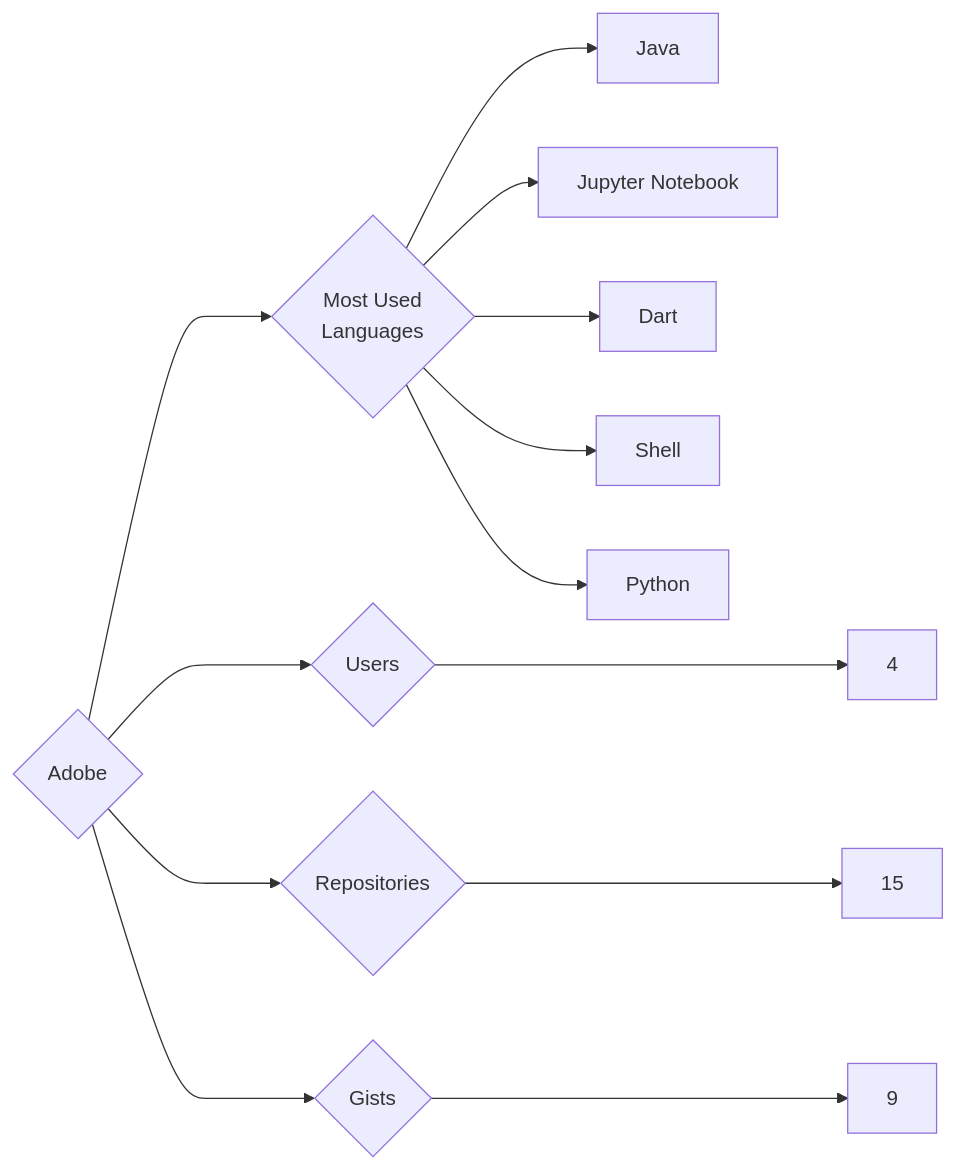
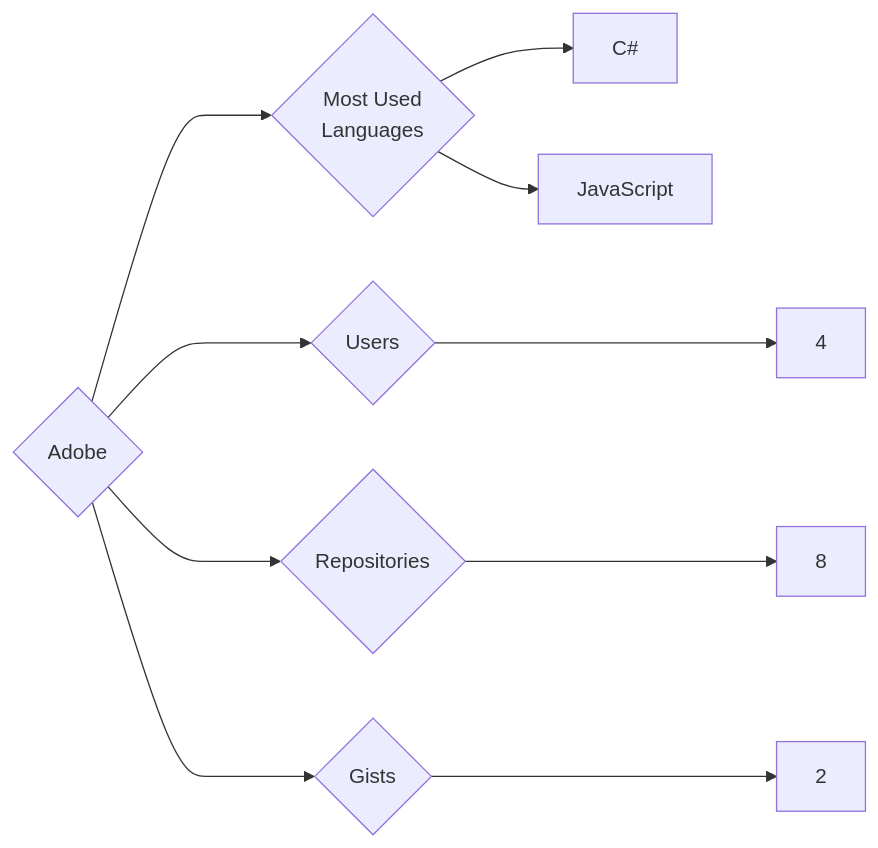
The diagram in targets/Adobe/README.md (trickest/insiders), drawn with Mermaid before and after one commit. The commit also changed 840 other files, not shown here.

````diff
--- a/targets/Adobe/README.md
+++ b/targets/Adobe/README.md
@@ -3,13 +3,10 @@
 ```mermaid
 graph LR
 COMPANY_NAME{Adobe}
 COMPANY_NAME ---> U{Users} ---> UN[4]
-COMPANY_NAME ---> R{Repositories} ---> RN[15]
-COMPANY_NAME ---> G{Gists} ---> GN[9]
+COMPANY_NAME ---> R{Repositories} ---> RN[8]
+COMPANY_NAME ---> G{Gists} ---> GN[2]
 COMPANY_NAME ---> ML{Most Used<br>Languages}
-ML --> Java[Java]
-ML --> Jupyter_Notebook[Jupyter Notebook]
-ML --> Dart[Dart]
-ML --> Shell[Shell]
-ML --> Python[Python]
+ML --> C#[C#]
+ML --> JavaScript[JavaScript]
 ```
````
